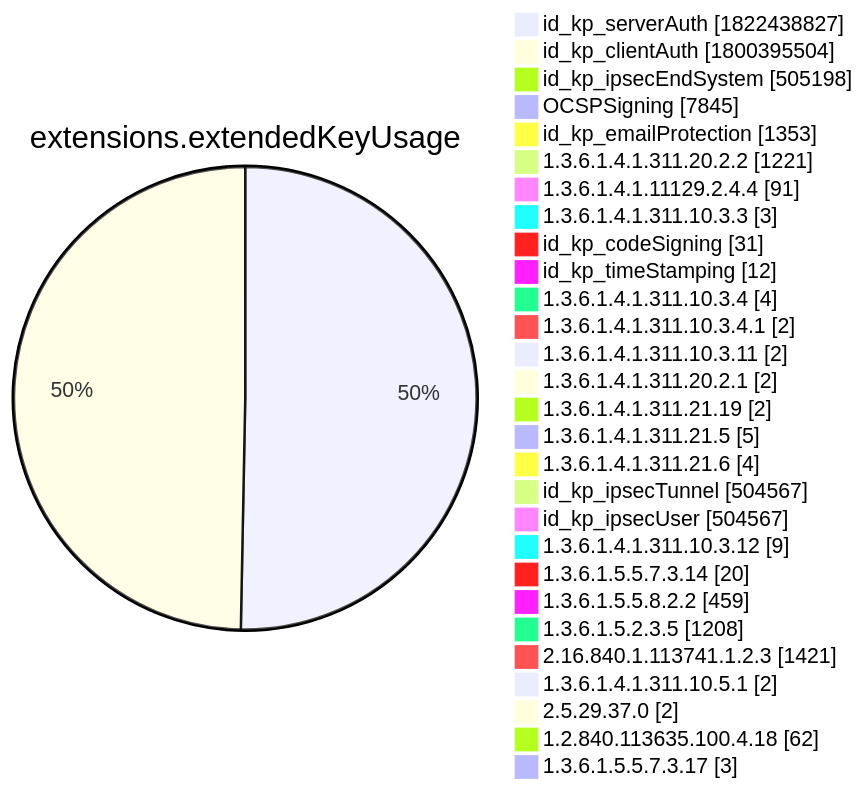
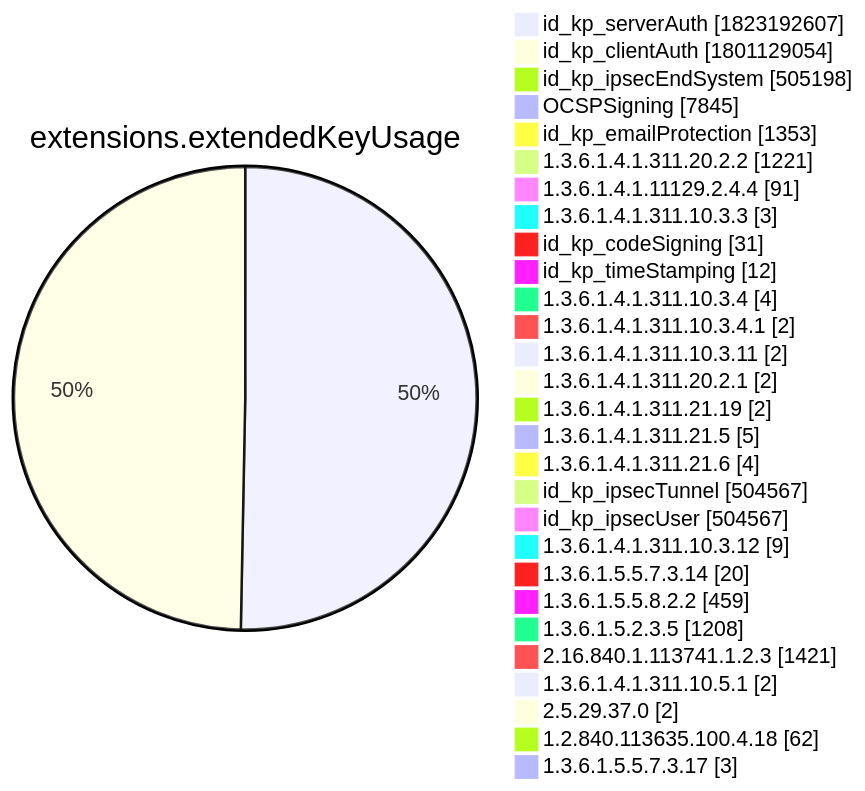
One commit to christiankrug/ctmonitor_visualization changed diagram 12 of 15 in xenon2022/README.md. Above: the diagram before and after it, drawn with Mermaid. The commit also changed other lines of this file, not shown here.

````diff
--- a/xenon2022/README.md
+++ b/xenon2022/README.md
@@ -3895,32 +3895,32 @@
 ```mermaid
 pie showData
 title extensions.extendedKeyUsage
-"id_kp_serverAuth" :1822438827
-"id_kp_clientAuth" :1800395504
+"id_kp_serverAuth" :1823192607
+"id_kp_clientAuth" :1801129054
 "id_kp_ipsecEndSystem" :505198
 "OCSPSigning" :7845
 "id_kp_emailProtection" :1353
 "1.3.6.1.4.1.311.20.2.2" :1221
 "1.3.6.1.4.1.11129.2.4.4" :91
 "1.3.6.1.4.1.311.10.3.3" :3
 "id_kp_codeSigning" :31
 "id_kp_timeStamping" :12
 "1.3.6.1.4.1.311.10.3.4" :4
 "1.3.6.1.4.1.311.10.3.4.1" :2
 "1.3.6.1.4.1.311.10.3.11" :2
 "1.3.6.1.4.1.311.20.2.1" :2
 "1.3.6.1.4.1.311.21.19" :2
 "1.3.6.1.4.1.311.21.5" :5
 "1.3.6.1.4.1.311.21.6" :4
 "id_kp_ipsecTunnel" :504567
 "id_kp_ipsecUser" :504567
 "1.3.6.1.4.1.311.10.3.12" :9
 "1.3.6.1.5.5.7.3.14" :20
 "1.3.6.1.5.5.8.2.2" :459
 "1.3.6.1.5.2.3.5" :1208
 "2.16.840.1.113741.1.2.3" :1421
 "1.3.6.1.4.1.311.10.5.1" :2
 "2.5.29.37.0" :2
 "1.2.840.113635.100.4.18" :62
 "1.3.6.1.5.5.7.3.17" :3
 ```
````
